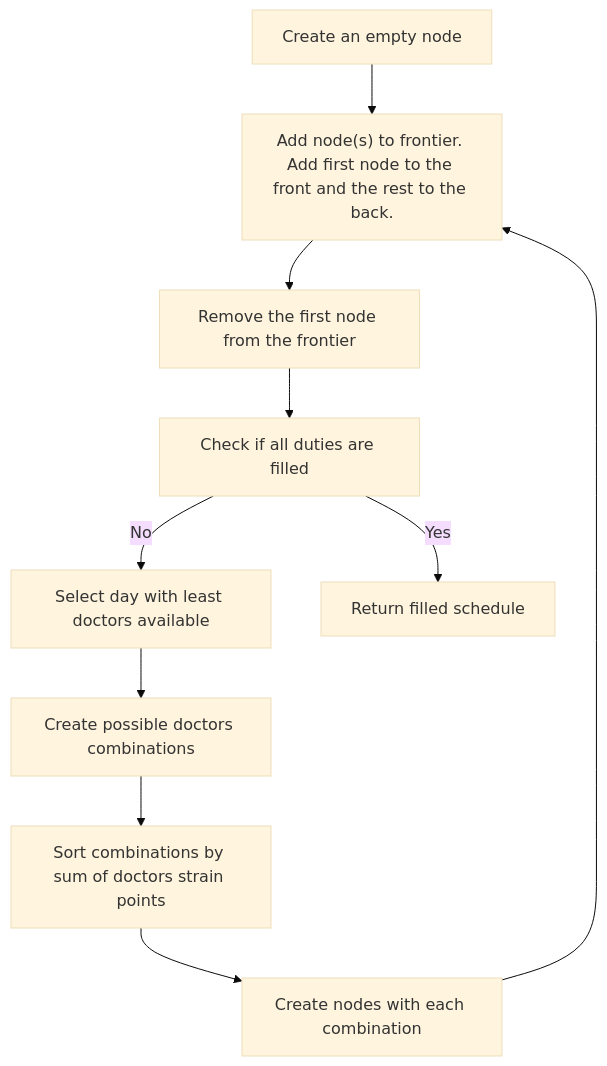
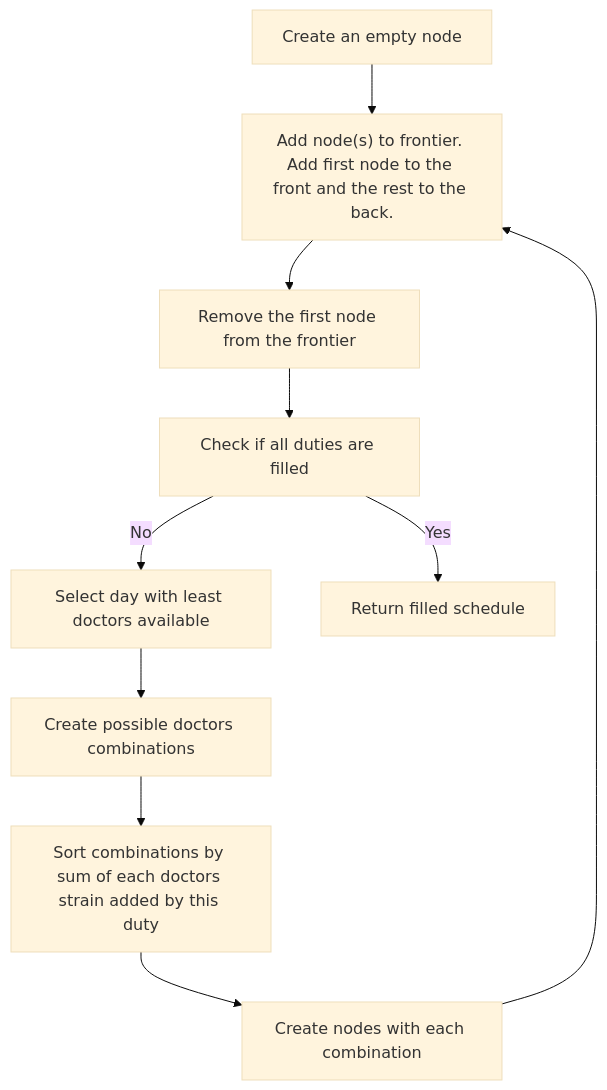
One commit to marcinbogdanowicz/MedDutiesRevisited changed the diagram in README.md. Above: the diagram before and after it, drawn with Mermaid (base theme).

Commit message:
Minor fix in algorithm overview

````diff
--- a/README.md
+++ b/README.md
@@ -635,15 +635,15 @@
 ```mermaid
 graph TD
     START[Create an empty node]
     ADD["Add node(s) to frontier. Add first node to the front and the rest to the back."]
     POP[Remove the first node from the frontier]
     CHECK_IF_SET[Check if all duties are filled]
     SELECT_DAY[Select day with least doctors available]
-    SORT_COMBS[Sort combinations by sum of doctors strain points]
+    SORT_COMBS[Sort combinations by sum of each doctors strain added by this duty]
     CREATE_COMBS[Create possible doctors combinations]
     CREATE_NODES[Create nodes with each combination]
 
     START --> ADD --> POP --> CHECK_IF_SET 
     CHECK_IF_SET --"Yes"--> RETURN[Return filled schedule]
     CHECK_IF_SET --"No"--> SELECT_DAY --> CREATE_COMBS --> SORT_COMBS --> CREATE_NODES --> ADD
 ```
````
